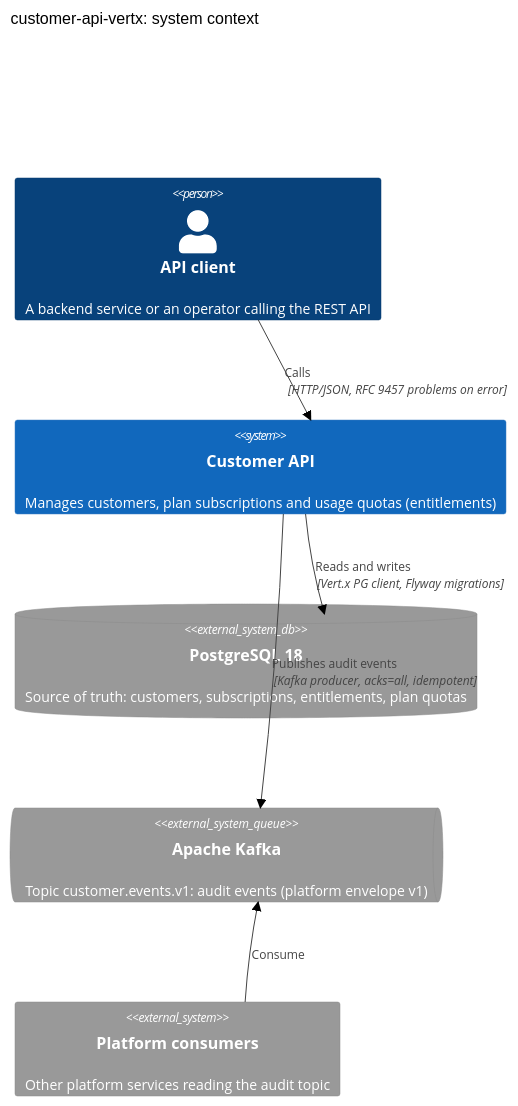
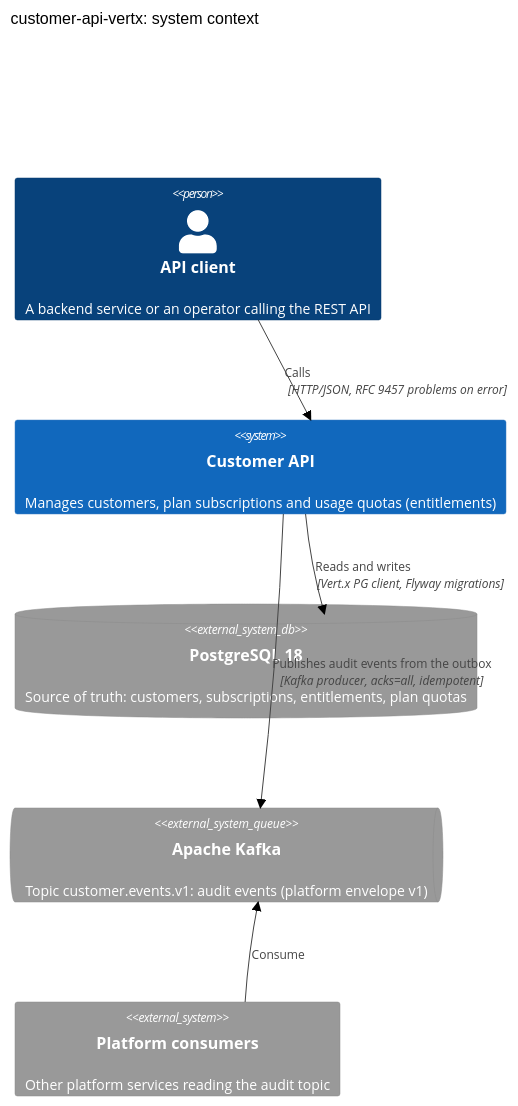
Before and after one commit to bataillec/customer-api-vertx: the first of 17 diagrams in docs/ARCHITECTURE.md, drawn with Mermaid (forest theme). The commit also changed other lines of this file and 41 other files, not shown here.

First line of the commit message:
feat(Audit): Write audit events through a transactional outbox (#23)

````diff
--- a/docs/ARCHITECTURE.md
+++ b/docs/ARCHITECTURE.md
@@ -21,13 +21,13 @@
 ```mermaid
 C4Context
     title customer-api-vertx: system context
     Person(client, "API client", "A backend service or an operator calling the REST API")
     System(api, "Customer API", "Manages customers, plan subscriptions and usage quotas (entitlements)")
     SystemDb_Ext(pg, "PostgreSQL 18", "Source of truth: customers, subscriptions, entitlements, plan quotas")
     SystemQueue_Ext(kafka, "Apache Kafka", "Topic customer.events.v1: audit events (platform envelope v1)")
     System_Ext(consumers, "Platform consumers", "Other platform services reading the audit topic")
     Rel(client, api, "Calls", "HTTP/JSON, RFC 9457 problems on error")
     Rel(api, pg, "Reads and writes", "Vert.x PG client, Flyway migrations")
-    Rel(api, kafka, "Publishes audit events", "Kafka producer, acks=all, idempotent")
+    Rel(api, kafka, "Publishes audit events from the outbox", "Kafka producer, acks=all, idempotent")
     Rel(consumers, kafka, "Consume", "")
 ```
````
